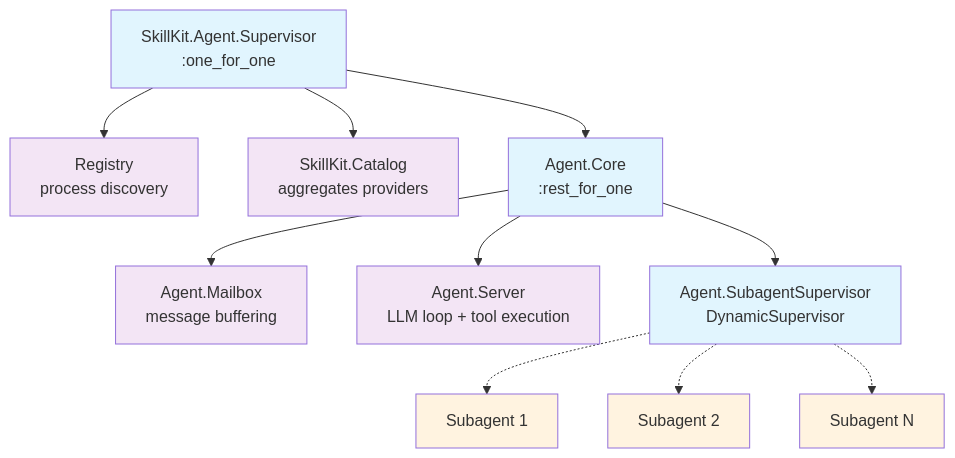
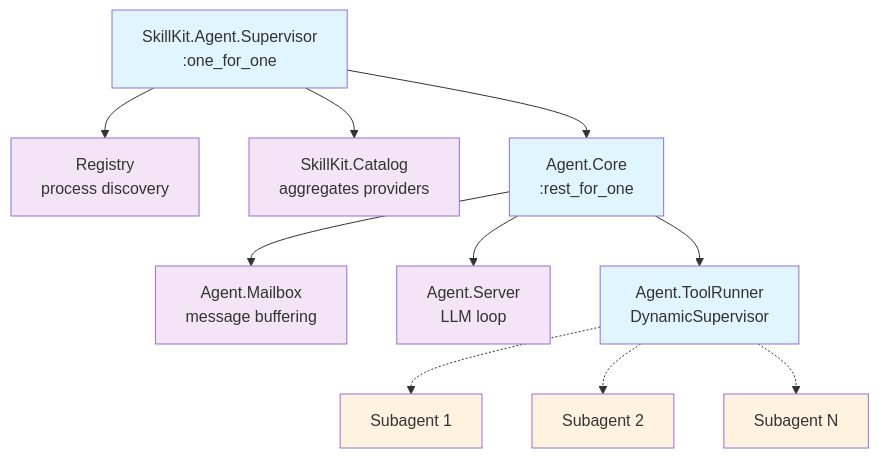
One commit to paper-crow/skill_kit changed the first of 2 diagrams in guides/architecture.md. Above: the diagram before and after it, drawn with Mermaid. The commit also changed other lines of this file and 3 other files, not shown here.

````diff
--- a/guides/architecture.md
+++ b/guides/architecture.md
@@ -68,22 +68,22 @@
 ```mermaid
 graph TD
     A[SkillKit.Agent.Supervisor<br/>:one_for_one] --> B[Registry<br/>process discovery]
     A --> C[SkillKit.Catalog<br/>aggregates providers]
     A --> D[Agent.Core<br/>:rest_for_one]
     
     D --> E[Agent.Mailbox<br/>message buffering]
-    D --> F[Agent.Server<br/>LLM loop + tool execution]
-    D --> G[Agent.SubagentSupervisor<br/>DynamicSupervisor]
+    D --> F[Agent.Server<br/>LLM loop]
+    D --> G[Agent.ToolRunner<br/>DynamicSupervisor]
     
     G -.-> H[Subagent 1]
     G -.-> I[Subagent 2]
     G -.-> J[Subagent N]
     
     classDef supervisor fill:#e1f5fe
     classDef worker fill:#f3e5f5
     classDef dynamic fill:#fff3e0
     
     class A,D,G supervisor
     class B,C,E,F worker
     class H,I,J dynamic
 ```
````
